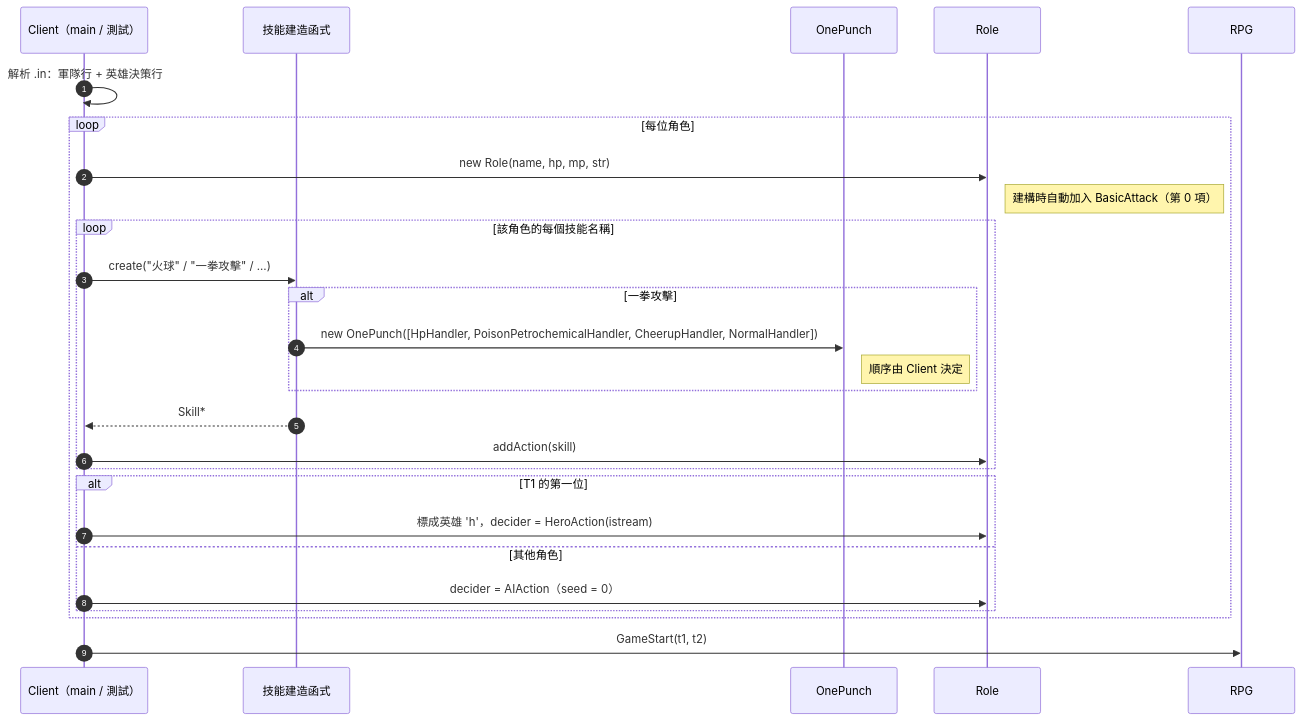
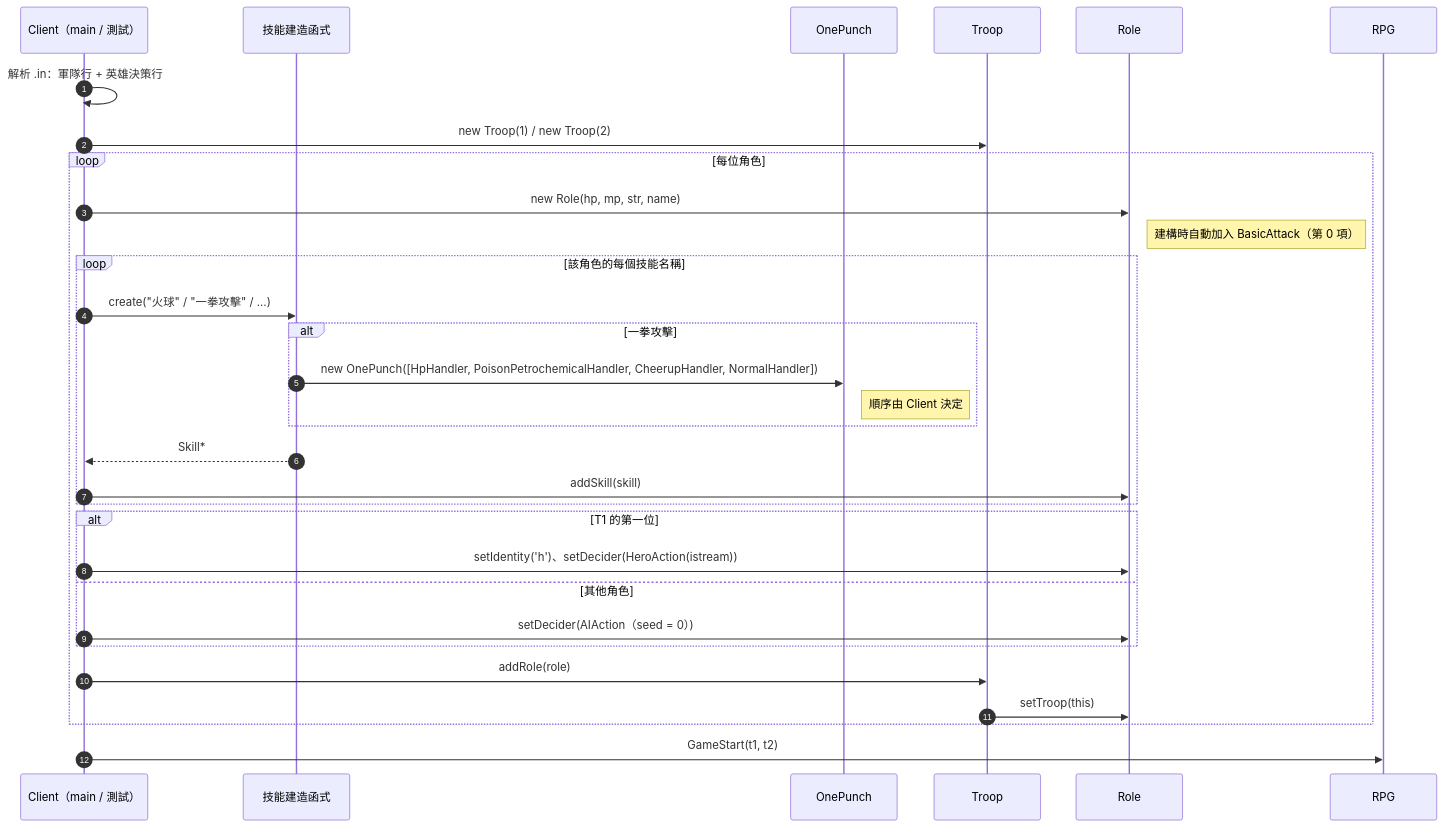
One commit to Chang-anthony/DesignPattern changed the seventh of 13 diagrams in RPGGame/diagrams.md. Above: the diagram before and after it, drawn with Mermaid. The commit also changed other lines of this file and 1 other file, not shown here.

First line of the commit message:
docs(rpggame): sync diagrams.md with implemented Role, Skill, and Observer

````diff
--- a/RPGGame/diagrams.md
+++ b/RPGGame/diagrams.md
@@ -240,30 +516,34 @@
 ```mermaid
 sequenceDiagram
     autonumber
     participant C as Client（main / 測試）
     participant F as 技能建造函式
     participant OP as OnePunch
+    participant TR as Troop
     participant R as Role
     participant G as RPG
 
     C->>C: 解析 .in：軍隊行 + 英雄決策行
+    C->>TR: new Troop(1) / new Troop(2)
     loop 每位角色
-        C->>R: new Role(name, hp, mp, str)
+        C->>R: new Role(hp, mp, str, name)
         Note right of R: 建構時自動加入 BasicAttack（第 0 項）
         loop 該角色的每個技能名稱
             C->>F: create("火球" / "一拳攻擊" / …)
             alt 一拳攻擊
                 F->>OP: new OnePunch([HpHandler, PoisonPetrochemicalHandler, CheerupHandler, NormalHandler])
                 Note right of OP: 順序由 Client 決定
             end
             F-->>C: Skill*
-            C->>R: addAction(skill)
+            C->>R: addSkill(skill)
         end
         alt T1 的第一位
-            C->>R: 標成英雄 'h'，decider = HeroAction(istream)
+            C->>R: setIdentity('h')、setDecider(HeroAction(istream))
         else 其他角色
-            C->>R: decider = AIAction（seed = 0）
+            C->>R: setDecider(AIAction（seed = 0）)
         end
+        C->>TR: addRole(role)
+        TR->>R: setTroop(this)
     end
     C->>G: GameStart(t1, t2)
 ```
````
